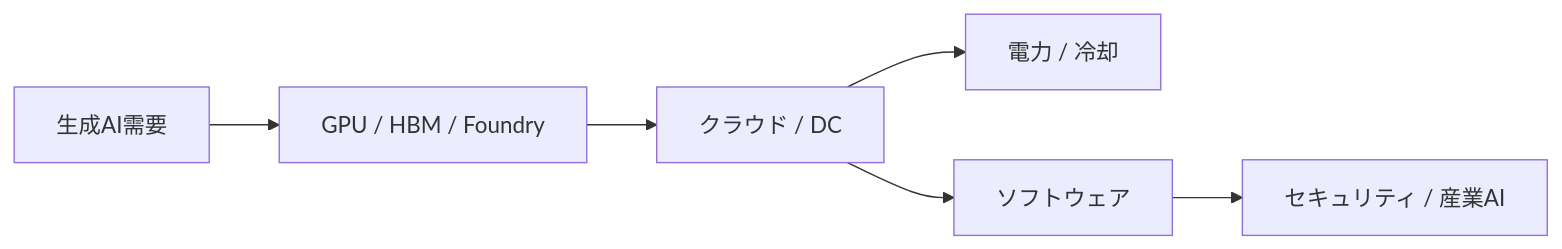
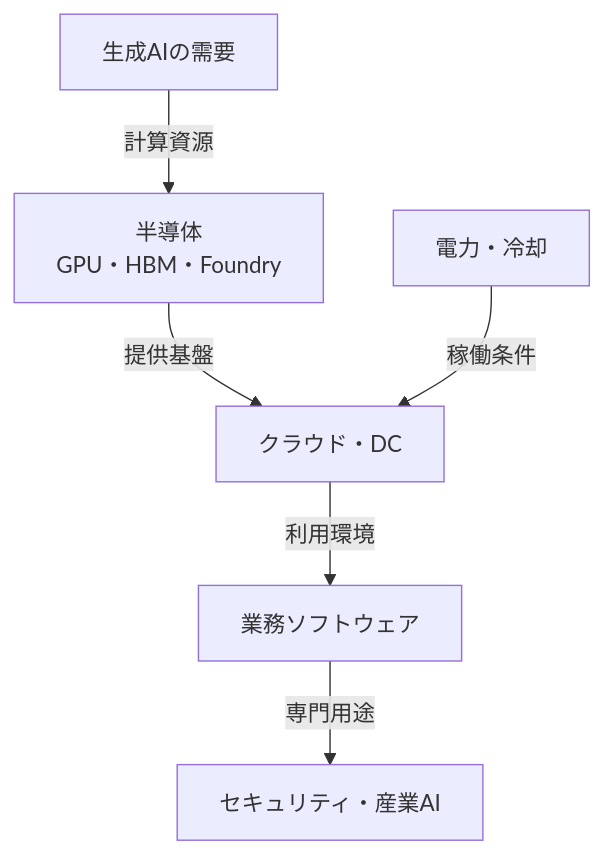
One commit to daylight55/research changed the diagram in articles/report/generative-ai-investment-map/ja/index.mdx. Above: the diagram before and after it, drawn with Mermaid. The commit also changed 181 other files, not shown here.

First line of the commit message:
全記事の図解368点を再生成し、共通注意書きを削除 (#402)

````diff
--- a/articles/report/generative-ai-investment-map/ja/index.mdx
+++ b/articles/report/generative-ai-investment-map/ja/index.mdx
@@ -33,8 +33,16 @@
 ```mermaid
-flowchart LR
-  A["生成AI需要"] --> B["GPU / HBM / Foundry"]
-  B --> C["クラウド / DC"]
-  C --> D["電力 / 冷却"]
-  C --> E["ソフトウェア"]
-  E --> F["セキュリティ / 産業AI"]
+flowchart TD
+  accTitle: 生成AI需要を供給網の層で読む
+  accDescr: 半導体、クラウド・データセンター、電力・冷却、ソフトウェアは投資回収と制約が異なる。
+  N0["生成AIの需要"]
+  N1["半導体<br/>GPU・HBM・Foundry"]
+  N2["クラウド・DC"]
+  N3["電力・冷却"]
+  N4["業務ソフトウェア"]
+  N5["セキュリティ・産業AI"]
+  N0 -->|計算資源| N1
+  N1 -->|提供基盤| N2
+  N3 -->|稼働条件| N2
+  N2 -->|利用環境| N4
+  N4 -->|専門用途| N5
 ```
````
